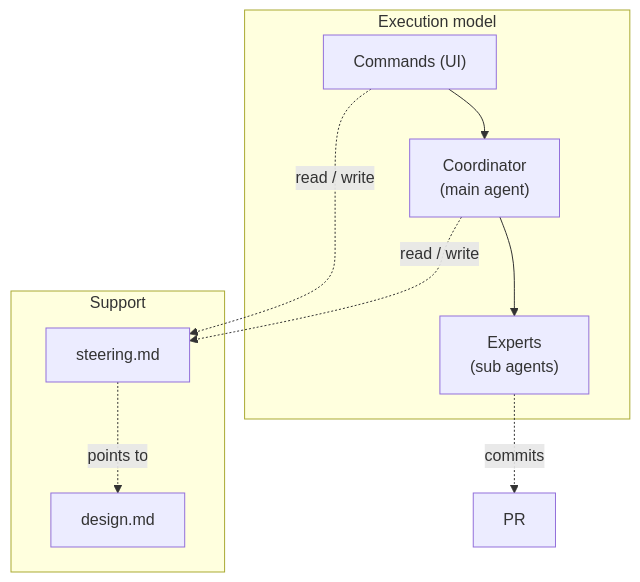
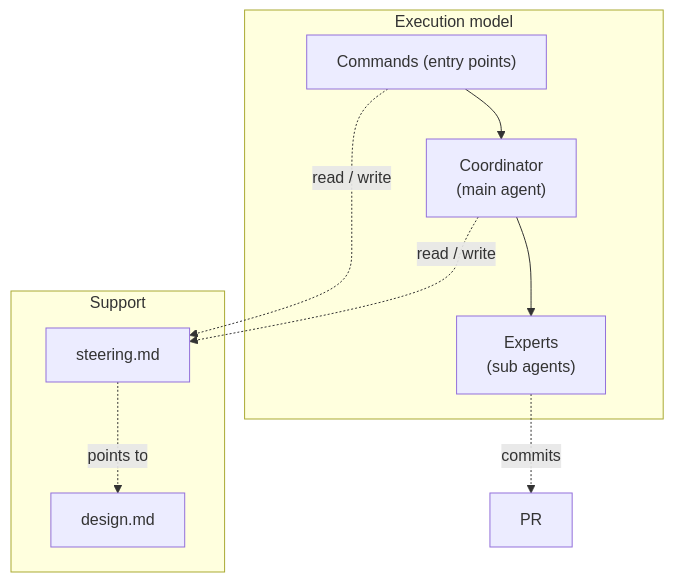
One commit to lovaizu/ccpm changed the first of 2 diagrams in rn/docs/design.md. Above: the diagram before and after it, drawn with Mermaid. The commit also changed other lines of this file, not shown here.

Commit message:
docs(rn): Commands labeled as entry points, not UI

````diff
--- a/rn/docs/design.md
+++ b/rn/docs/design.md
@@ -54,13 +54,13 @@
 ```mermaid
 flowchart TD
   subgraph execution["Execution model"]
-    cmd["Commands (UI)"] --> coord["Coordinator<br/>(main agent)"]
+    cmd["Commands (entry points)"] --> coord["Coordinator<br/>(main agent)"]
     coord --> exp["Experts<br/>(sub agents)"]
   end
   subgraph support["Support"]
     steer["steering.md"] -. points to .-> dsgn["design.md"]
   end
   cmd -. read / write .-> steer
   coord -. read / write .-> steer
   exp -. commits .-> pr["PR"]
 ```
````
